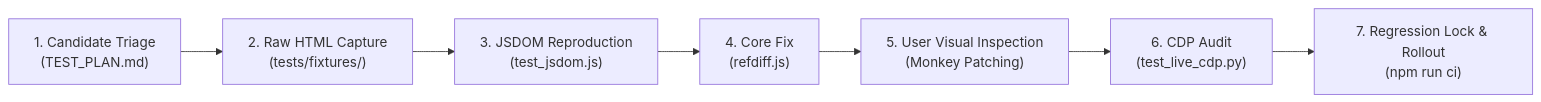
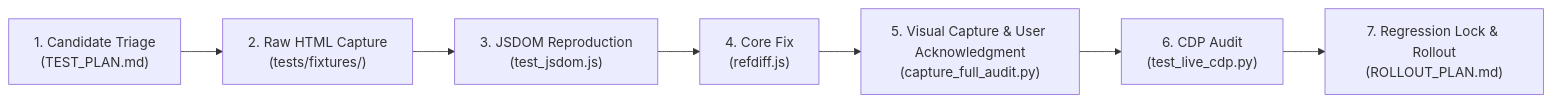
One commit to psytrap/refdiff changed the diagram in AUDIT_STRATEGY.md. Above: the diagram before and after it, drawn with Mermaid. The commit also changed other lines of this file and 5 other files, not shown here.

Commit message:
docs(rollout): codify visual captures and user acknowledgment gate as rollout default

````diff
--- a/AUDIT_STRATEGY.md
+++ b/AUDIT_STRATEGY.md
@@ -234,9 +234,9 @@
 ```mermaid
 flowchart LR
     Q1["1. Candidate Triage<br/>(TEST_PLAN.md)"] --> Q2["2. Raw HTML Capture<br/>(tests/fixtures/)"]
     Q2 --> Q3["3. JSDOM Reproduction<br/>(test_jsdom.js)"]
     Q3 --> Q4["4. Core Fix<br/>(refdiff.js)"]
-    Q4 --> Q5["5. User Visual Inspection<br/>(Monkey Patching)"]
+    Q4 --> Q5["5. Visual Capture & User Acknowledgment<br/>(capture_full_audit.py)"]
     Q5 --> Q6["6. CDP Audit<br/>(test_live_cdp.py)"]
-    Q6 --> Q7["7. Regression Lock & Rollout<br/>(npm run ci)"]
+    Q6 --> Q7["7. Regression Lock & Rollout<br/>(ROLLOUT_PLAN.md)"]
 ```
````
